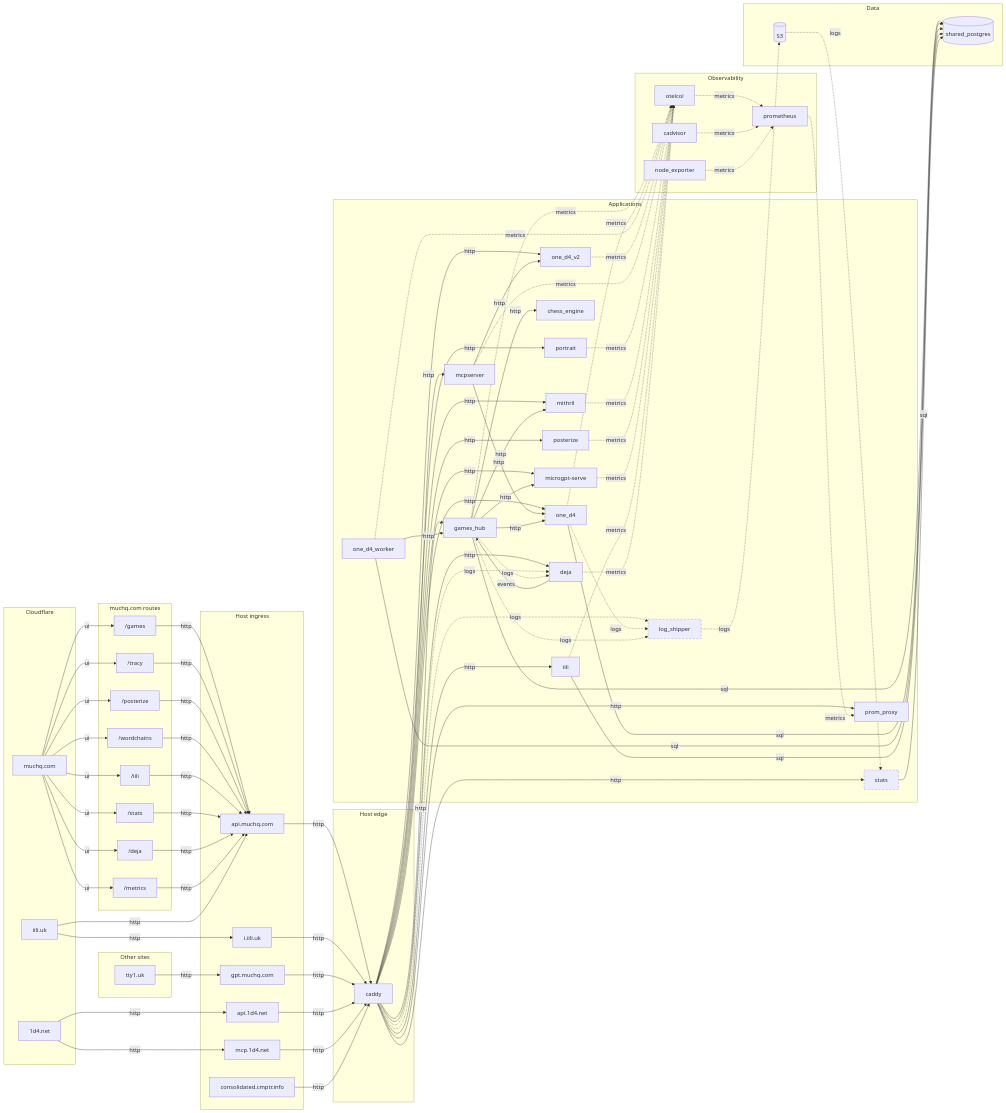
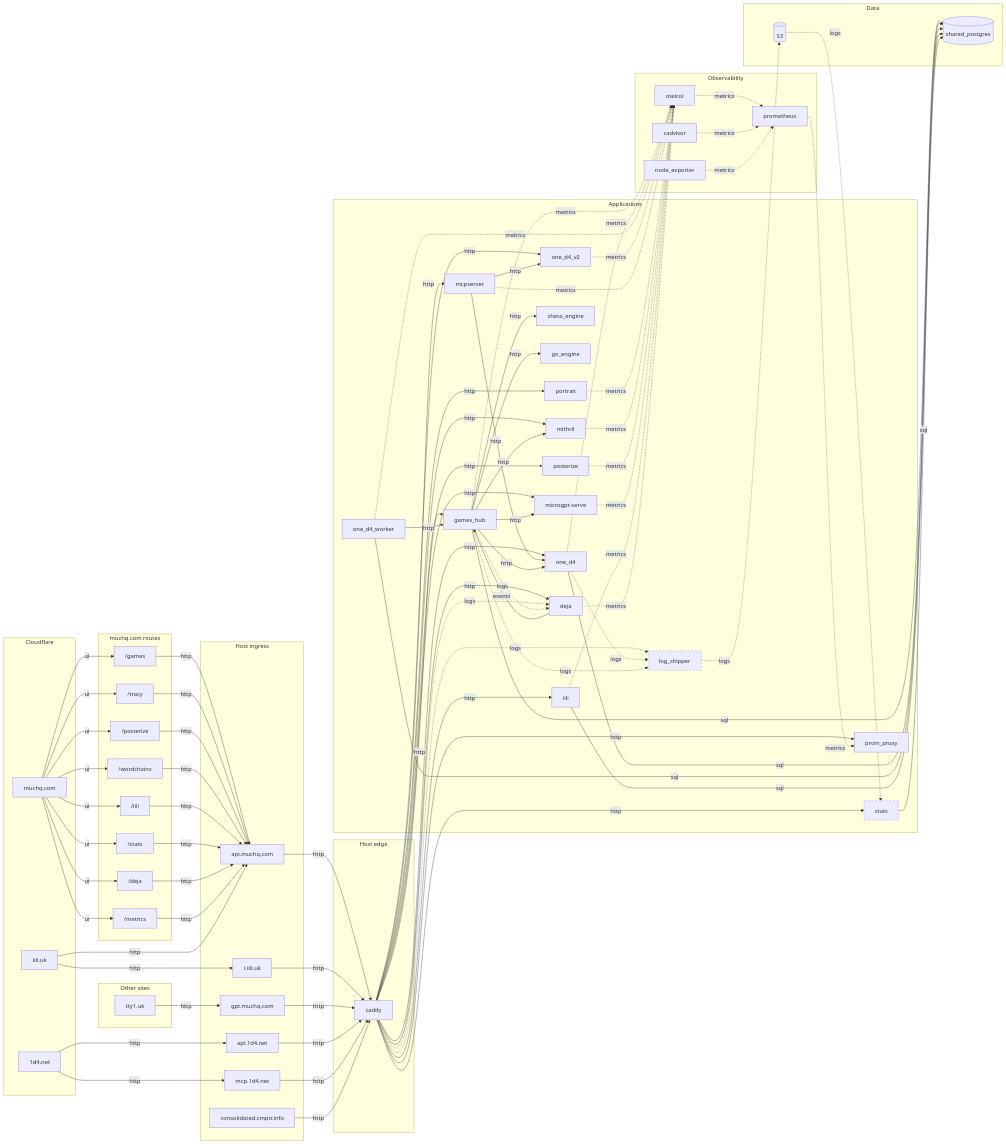
The diagram in docs/DEPLOYMENT.md (muchq/MoonBase), drawn with Mermaid before and after one commit. The commit also changed other lines of this file and 30 other files, not shown here.

First line of the commit message:
go_engine: GNU Go over HTTP for go bots (#1682)

```diff
--- a/docs/DEPLOYMENT.md
+++ b/docs/DEPLOYMENT.md
@@ -116,6 +117,7 @@
     portrait["portrait"]
     mithril["mithril"]
     chess_engine["chess_engine"]
+    go_engine["go_engine"]
     posterize["posterize"]
     microgpt-serve["microgpt-serve"]
     iili["iili"]
@@ -189,6 +191,7 @@
   games_hub -->|http| microgpt-serve
   games_hub -->|http| mithril
   games_hub -->|http| chess_engine
+  games_hub -->|http| go_engine
   games_hub -->|http| one_d4
   one_d4 -->|sql| shared_postgres
   one_d4_worker -->|sql| shared_postgres
```
